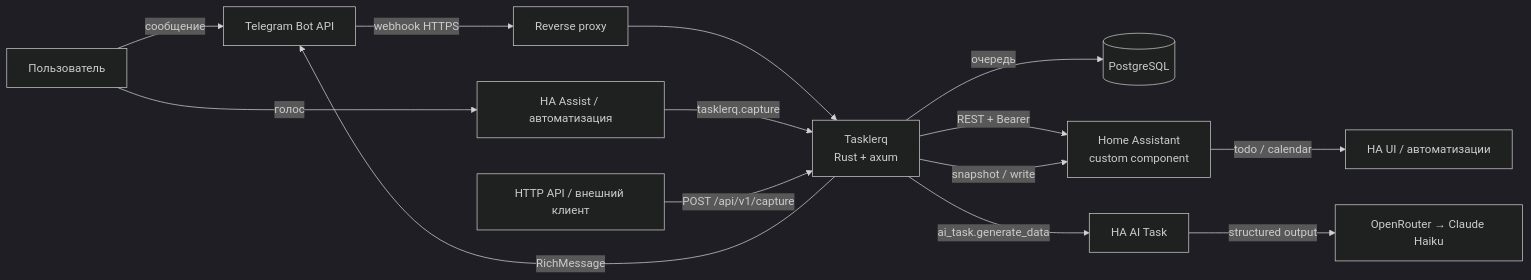
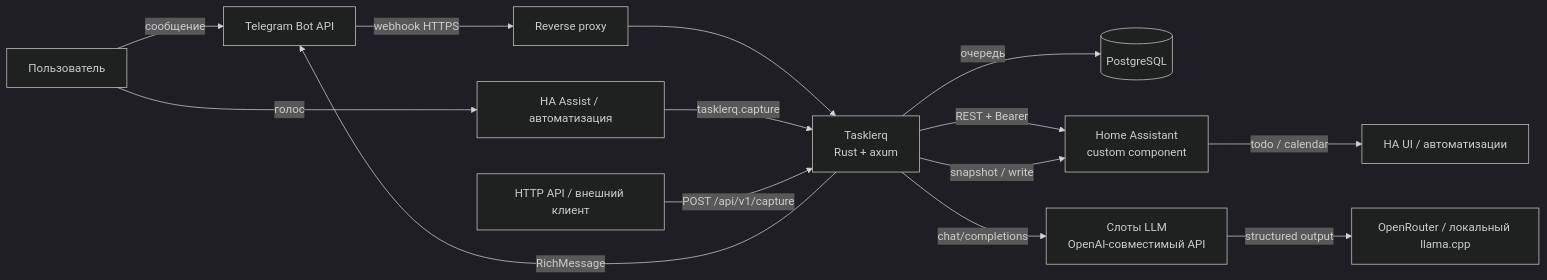
Before and after one commit to StellaLupus/tasklerq: the diagram in README.md, drawn with Mermaid (dark theme). The commit also changed other lines of this file and 3 other files, not shown here.

````diff
--- a/README.md
+++ b/README.md
@@ -44,16 +47,16 @@
 ```mermaid
 flowchart LR
     U[Пользователь] -->|сообщение| TG[Telegram Bot API]
     U -->|голос| VA[HA Assist / автоматизация]
     TG -->|webhook HTTPS| RP[Reverse proxy]
     RP --> APP[Tasklerq<br/>Rust + axum]
     VA -->|tasklerq.capture| APP
     SC[HTTP API / внешний клиент] -->|POST /api/v1/capture| APP
     APP -->|очередь| DB[(PostgreSQL)]
     APP -->|RichMessage| TG
     APP -->|REST + Bearer| HA[Home Assistant<br/>custom component]
     HA -->|todo / calendar| HAU[HA UI / автоматизации]
-    APP -->|ai_task.generate_data| HAI[HA AI Task]
-    HAI -->|structured output| GEM[OpenRouter → Claude Haiku]
+    APP -->|chat/completions| LLM[Слоты LLM<br/>OpenAI-совместимый API]
+    LLM -->|structured output| GEM[OpenRouter / локальный llama.cpp]
     APP -->|snapshot / write| HA
 ```
````
